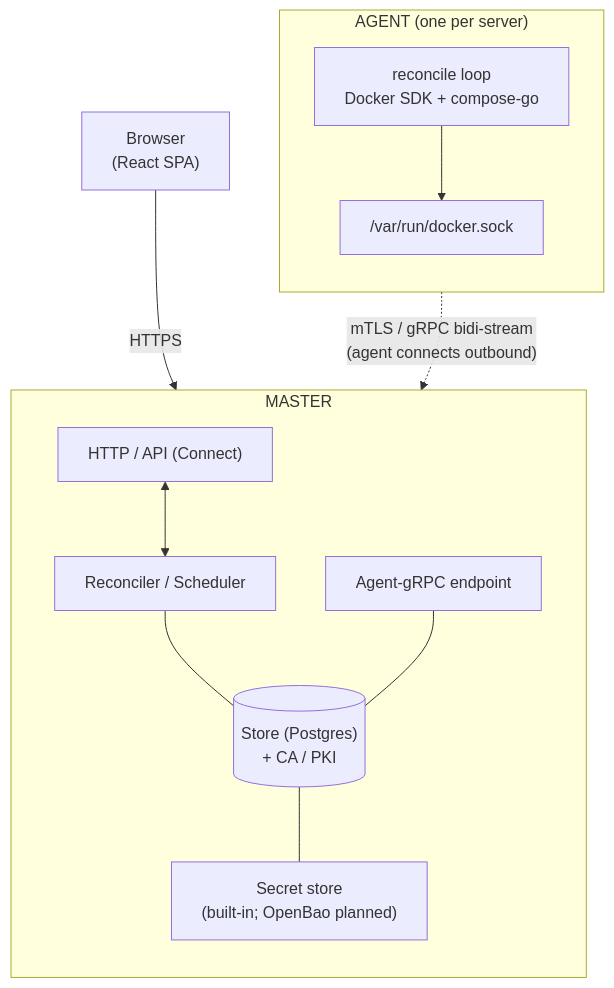
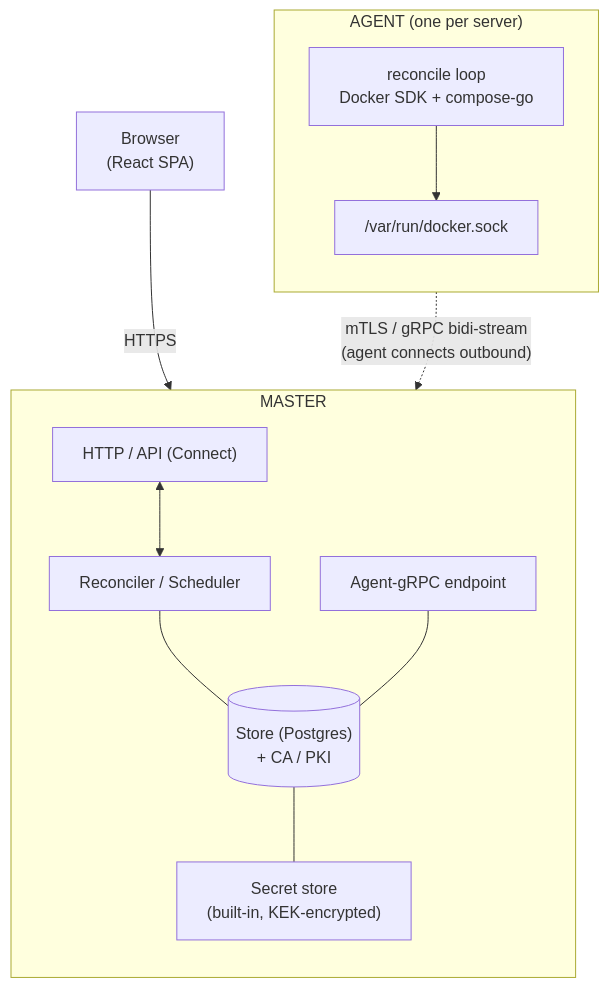
Before and after one commit to heckertobias/orkestra: the diagram in docs/00-overview.md, drawn with Mermaid. The commit also changed other lines of this file and 12 other files, not shown here.

````diff
--- a/docs/00-overview.md
+++ b/docs/00-overview.md
@@ -19,27 +19,27 @@
 ```mermaid
 flowchart TB
   Browser["Browser<br/>(React SPA)"]
 
   subgraph Master["MASTER"]
     direction TB
     API["HTTP / API (Connect)"]
     REC["Reconciler / Scheduler"]
     GW["Agent-gRPC endpoint"]
     STORE[("Store (Postgres)<br/>+ CA / PKI")]
-    SEC["Secret store<br/>(built-in; OpenBao planned)"]
+    SEC["Secret store<br/>(built-in, KEK-encrypted)"]
     API <--> REC
     REC --- STORE
     GW --- STORE
     STORE --- SEC
   end
 
   subgraph Agent["AGENT (one per server)"]
     direction TB
     RL["reconcile loop<br/>Docker SDK + compose-go"]
     SOCK["/var/run/docker.sock"]
     RL --> SOCK
   end
 
   Browser -- HTTPS --> API
   RL -. "mTLS / gRPC bidi-stream<br/>(agent connects outbound)" .-> GW
 ```
````
